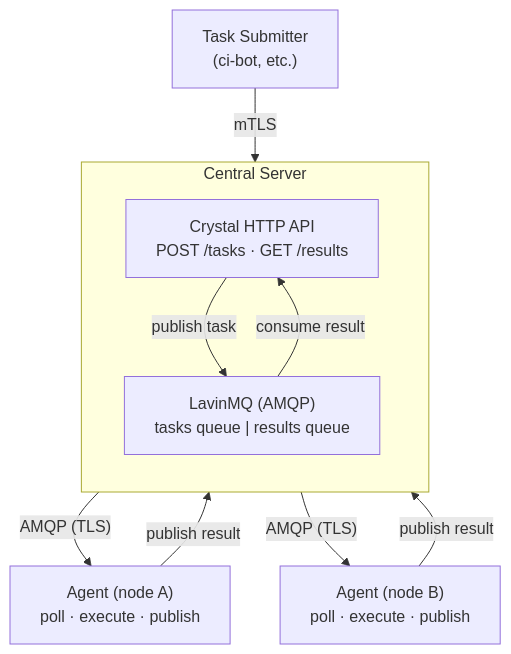
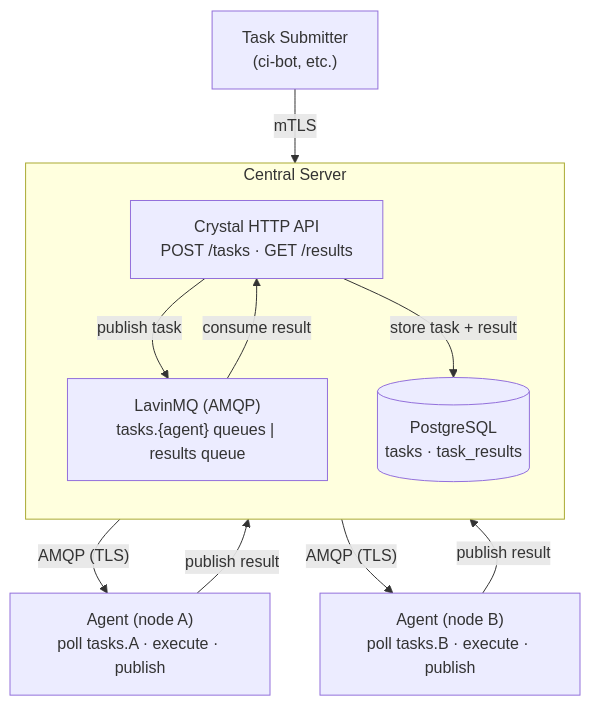
The diagram in README.md (hanzzen94/command_runner), drawn with Mermaid before and after one commit. The commit also changed other lines of this file, not shown here.

Commit message:
Update README for per-agent routing, PostgreSQL, and scripts

````diff
--- a/README.md
+++ b/README.md
@@ -8,22 +8,24 @@
 ```mermaid
 flowchart TB
     Submitter["Task Submitter<br/>(ci-bot, etc.)"]
 
     subgraph Server["Central Server"]
         direction TB
         API["Crystal HTTP API<br/>POST /tasks · GET /results"]
-        MQ["LavinMQ (AMQP)<br/>tasks queue | results queue"]
+        MQ["LavinMQ (AMQP)<br/>tasks.{agent} queues | results queue"]
+        DB[("PostgreSQL<br/>tasks · task_results")]
         API -->|"publish task"| MQ
         MQ -->|"consume result"| API
+        API -->|"store task + result"| DB
     end
 
     Submitter -->|"mTLS"| API
 
-    AgentA["Agent (node A)<br/>poll · execute · publish"]
-    AgentB["Agent (node B)<br/>poll · execute · publish"]
+    AgentA["Agent (node A)<br/>poll tasks.A · execute · publish"]
+    AgentB["Agent (node B)<br/>poll tasks.B · execute · publish"]
 
     MQ -->|"AMQP (TLS)"| AgentA
     MQ -->|"AMQP (TLS)"| AgentB
     AgentA -->|"publish result"| MQ
     AgentB -->|"publish result"| MQ
 ```
````
